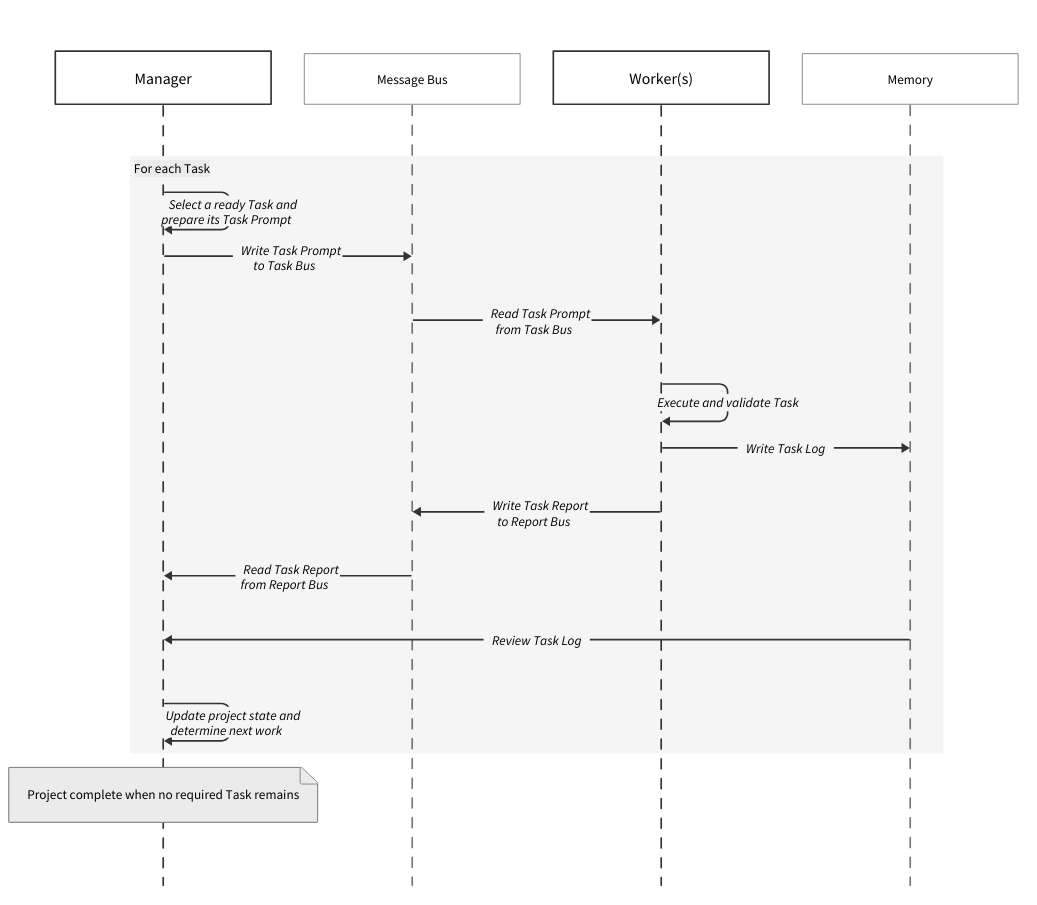
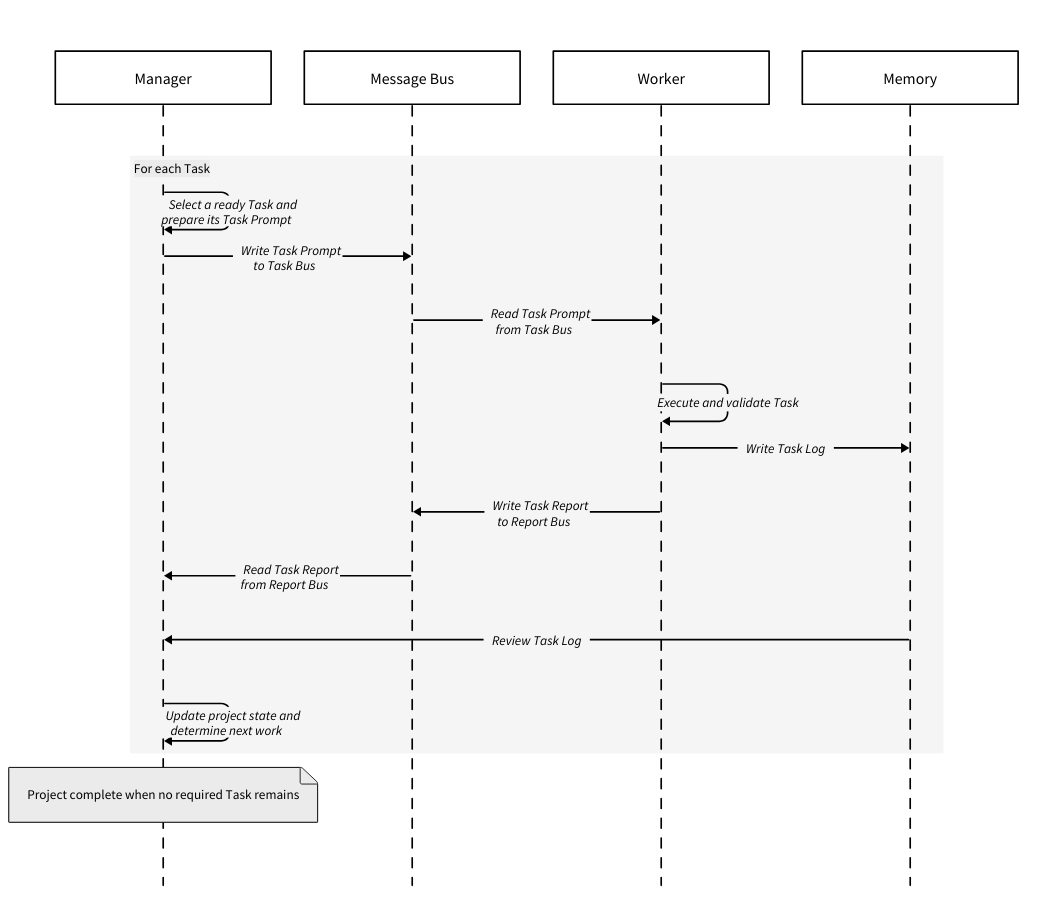
One commit to sdi2200262/bsc-apm-thesis changed the diagram in diagrams/framework-design/task-cycle.d2. Above: the diagram before and after it, drawn with D2. The commit also changed 3 other files, not shown here.

First line of the commit message:
chore(thesis): darken diagram strokes and singularise worker label

```diff
--- a/diagrams/framework-design/task-cycle.d2
+++ b/diagrams/framework-design/task-cycle.d2
@@ -1,107 +1,107 @@
 vars: {
   d2-config: {
     layout-engine: elk
     theme-id: 0
     pad: 8
     center: true
   }
 }
 
 task_cycle: {
   label: ""
   shape: sequence_diagram
 
   manager: Manager
   message_bus: Message Bus
-  workers: Worker(s)
+  workers: Worker
   memory: Memory
 
   manager.width: 260
   manager.style: {
     fill: "#ffffff"
-    stroke: "#333333"
+    stroke: "#000000"
     stroke-width: 2
     font-color: "#000000"
     font-size: 19
     bold: false
     border-radius: 0
     shadow: false
   }
 
   message_bus.width: 260
   message_bus.style: {
     fill: "#ffffff"
-    stroke: "#777777"
-    stroke-width: 1
+    stroke: "#000000"
+    stroke-width: 2
     font-color: "#000000"
-    font-size: 16
+    font-size: 19
     bold: false
     border-radius: 0
     shadow: false
   }
 
   workers.width: 260
   workers.style: {
     fill: "#ffffff"
-    stroke: "#333333"
+    stroke: "#000000"
     stroke-width: 2
     font-color: "#000000"
     font-size: 19
     bold: false
     border-radius: 0
     shadow: false
   }
 
   memory.width: 260
   memory.style: {
     fill: "#ffffff"
-    stroke: "#777777"
-    stroke-width: 1
+    stroke: "#000000"
+    stroke-width: 2
     font-color: "#000000"
-    font-size: 16
+    font-size: 19
     bold: false
     border-radius: 0
     shadow: false
   }
 
   "For each Task": {
     style: {
       fill: "#ebebeb"
-      stroke: "#777777"
+      stroke: "#000000"
       font-color: "#000000"
       font-size: 16
     }
 
     manager -> manager: " Select a ready Task and\nprepare its Task Prompt "
     manager -> message_bus: " Write Task Prompt\nto Task Bus "
     message_bus -> workers: " Read Task Prompt\nfrom Task Bus "
-    workers -> workers: " Execute and validate Task "
+    workers -> workers: "  Execute and validate Task  "
     workers -> memory: " Write Task Log "
     workers -> message_bus: " Write Task Report\nto Report Bus "
     message_bus -> manager: " Read Task Report\nfrom Report Bus "
     memory -> manager: " Review Task Log "
     manager -> manager: " Update project state and\ndetermine next work "
   }
 
   manager."Project complete when no required Task remains": {
     style: {
       fill: "#ebebeb"
-      stroke: "#777777"
+      stroke: "#000000"
       stroke-width: 1
       font-color: "#000000"
       font-size: 16
       bold: false
       italic: false
       border-radius: 0
       shadow: false
     }
   }
 
   (** -> **)[*].style: {
-    stroke: "#333333"
+    stroke: "#000000"
     stroke-width: 2
     font-color: "#000000"
     font-size: 16
     border-radius: 10
   }
 }
```
